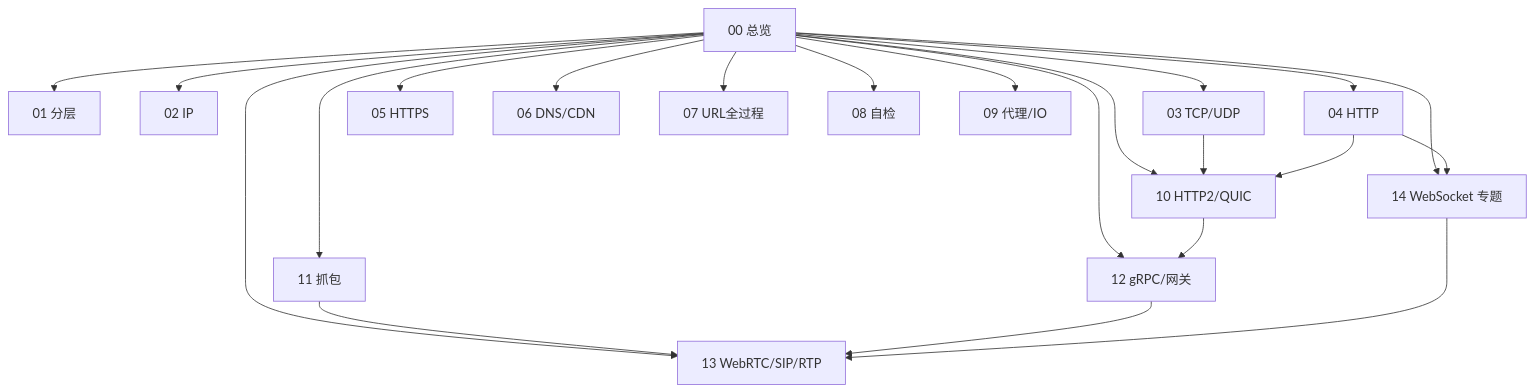
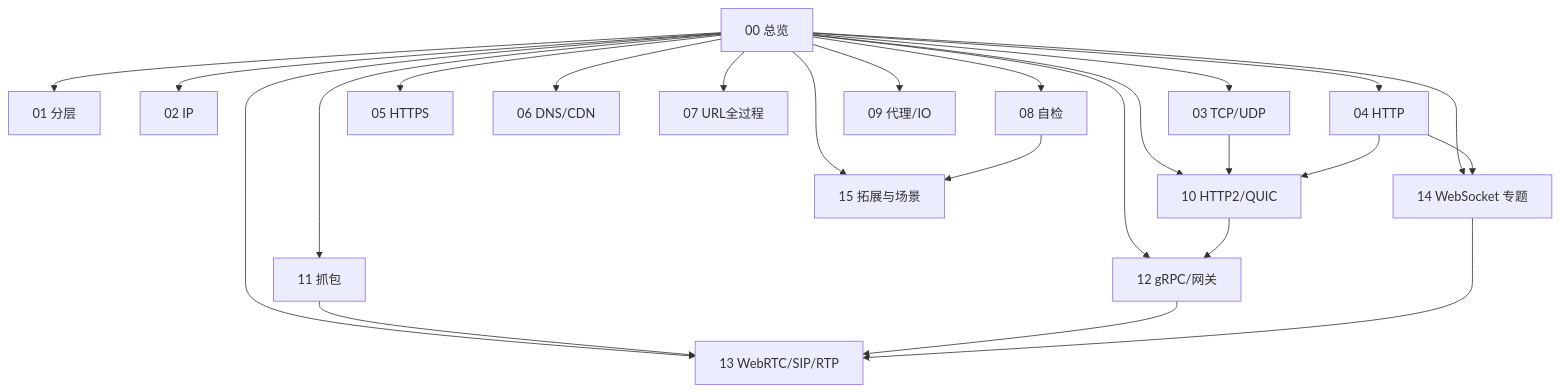
The diagram in 八股/计算机网络/00-知识总览.md (heathcetide/heathcetide-knowledge), drawn with Mermaid before and after one commit. The commit also changed other lines of this file and 13 other files, not shown here.

````diff
--- a/八股/计算机网络/00-知识总览.md
+++ b/八股/计算机网络/00-知识总览.md
@@ -7,24 +7,26 @@
 ```mermaid
 flowchart TB
   O["00 总览"] --> A["01 分层"]
   O --> B["02 IP"]
   O --> C["03 TCP/UDP"]
   O --> D["04 HTTP"]
   O --> E["05 HTTPS"]
   O --> F["06 DNS/CDN"]
   O --> G["07 URL全过程"]
   O --> H["08 自检"]
   O --> I["09 代理/IO"]
   O --> J["10 HTTP2/QUIC"]
   O --> K["11 抓包"]
   O --> L["12 gRPC/网关"]
   O --> M["13 WebRTC/SIP/RTP"]
   O --> N["14 WebSocket 专题"]
+  O --> P["15 拓展与场景"]
   C --> J
   D --> J
   D --> N
   J --> L
   K --> M
   L --> M
   N --> M
+  H --> P
 ```
````
